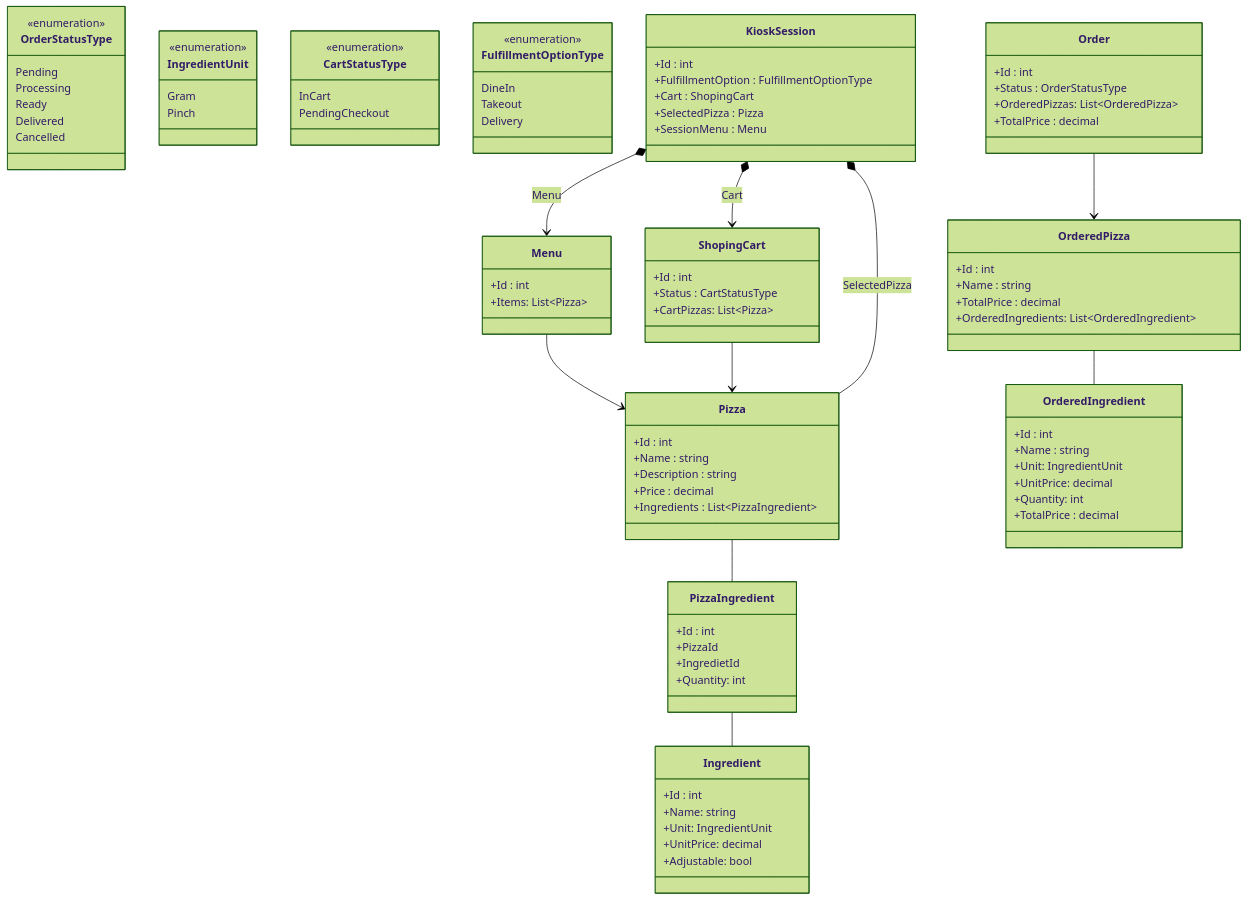
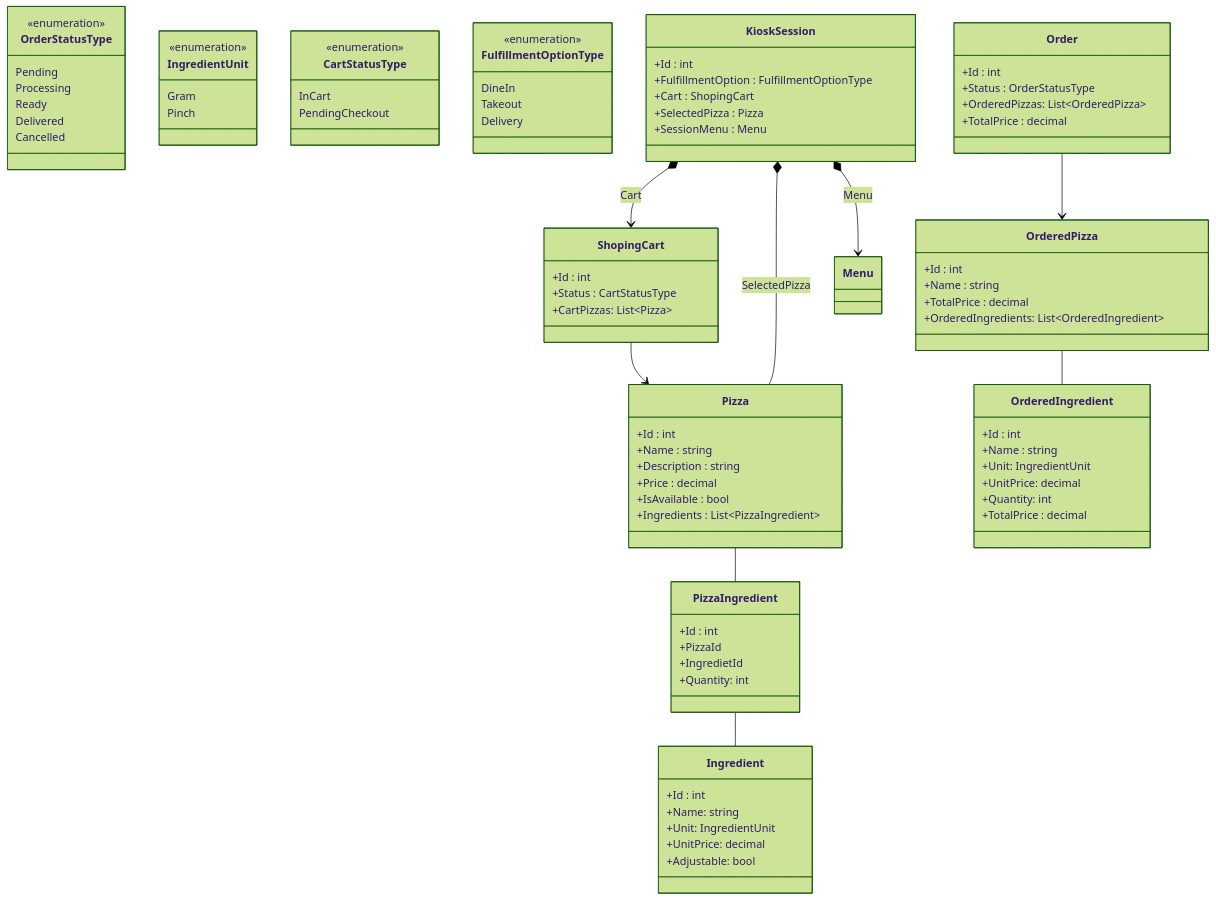
Before and after one commit to ekral/FAI: the diagram in AF/src/Utb.PizzaKiosk/README.md, drawn with Mermaid (forest theme).

```diff
--- a/AF/src/Utb.PizzaKiosk/README.md
+++ b/AF/src/Utb.PizzaKiosk/README.md
@@ -225,16 +225,12 @@
       +Adjustable: bool
    }
 
-   class Menu {
-      +Id : int
-      +Items: List~Pizza~
-   }
-
    class Pizza {
       +Id : int
       +Name : string
       +Description : string
       +Price : decimal
+      +IsAvailable : bool
       +Ingredients : List~PizzaIngredient~
    }
 
@@ -268,7 +264,6 @@
        +TotalPrice : decimal
    }
 
-   Menu --> Pizza
    Pizza -- PizzaIngredient
    PizzaIngredient -- Ingredient
    ShopingCart --> Pizza
```
